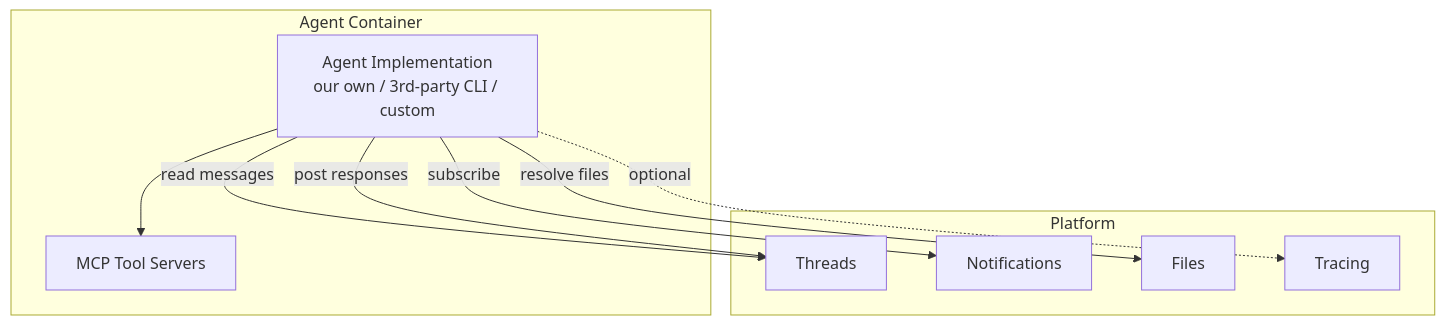
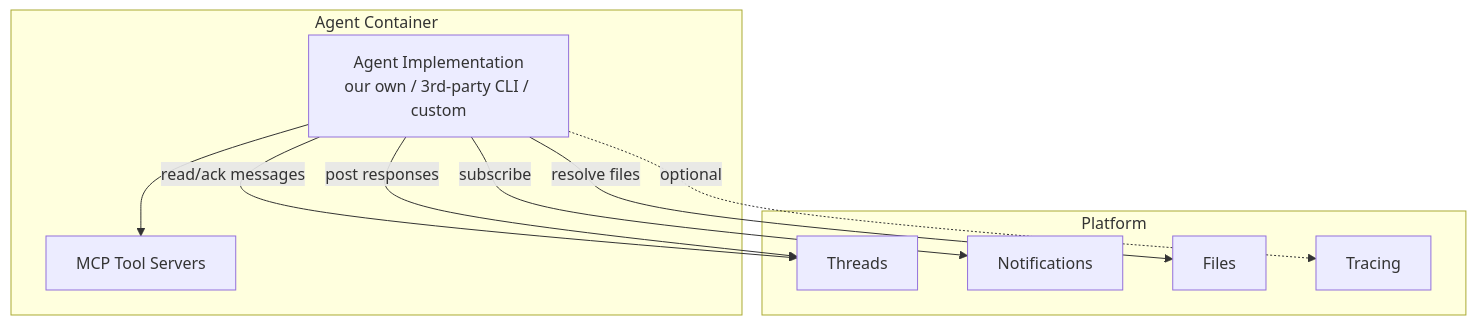
The first of 4 diagrams in architecture/agent/overview.md (agynio/architecture), drawn with Mermaid before and after one commit. The commit also changed other lines of this file and 9 other files, not shown here.

````diff
--- a/architecture/agent/overview.md
+++ b/architecture/agent/overview.md
@@ -13,21 +13,21 @@
 ```mermaid
 graph TB
     subgraph "Agent Container"
         Impl[Agent Implementation<br/>our own / 3rd-party CLI / custom]
         MCP[MCP Tool Servers]
         Impl --> MCP
     end
 
     subgraph Platform
         Threads
         Notifications
         Files
         Tracing
     end
 
-    Impl -->|read messages| Threads
+    Impl -->|read/ack messages| Threads
     Impl -->|post responses| Threads
     Impl -->|resolve files| Files
     Impl -->|subscribe| Notifications
     Impl -.->|optional| Tracing
 ```
````
